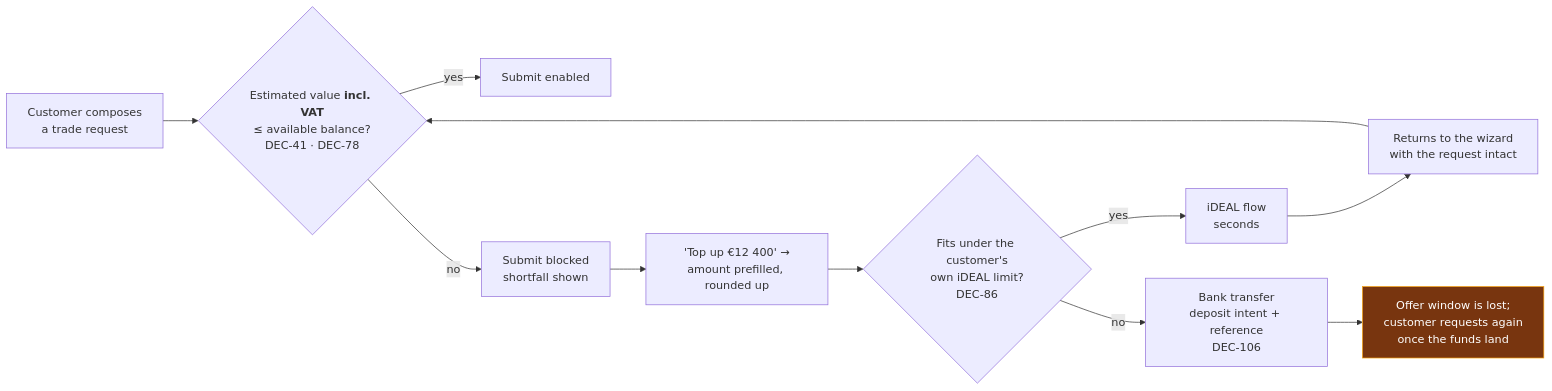
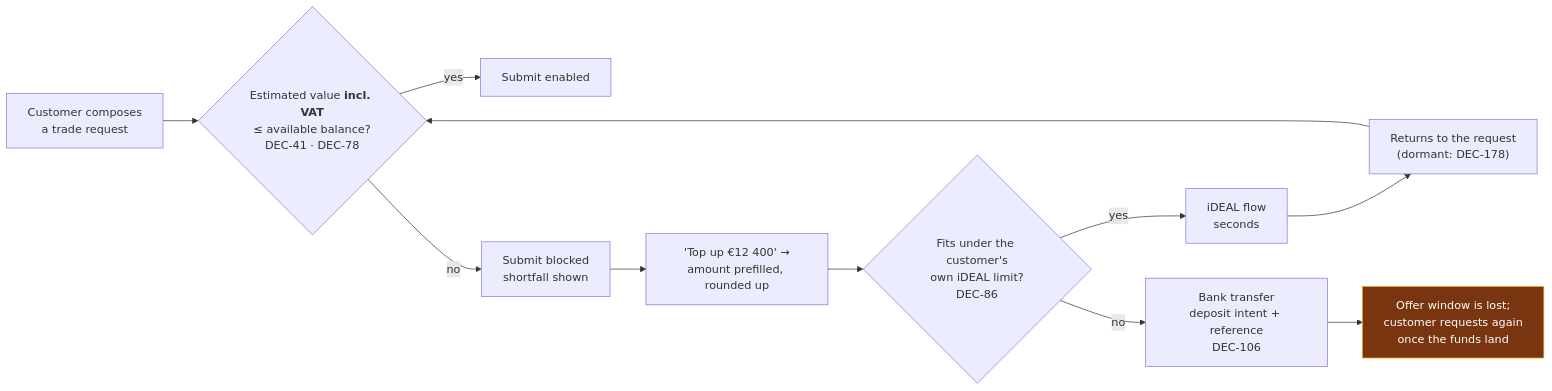
The fourth of 5 diagrams in specs/40-processes/03-wallet-topup-flow.md (lukastosic-ifd/peakpowerspecs), drawn with Mermaid before and after one commit. The commit also changed other lines of this file and 20 other files, not shown here.

First line of the commit message:
Record DEC-178: the trade wizard is removed; customers request only from the Prices panel

````diff
--- a/specs/40-processes/03-wallet-topup-flow.md
+++ b/specs/40-processes/03-wallet-topup-flow.md
@@ -302,16 +302,16 @@
 ```mermaid
 flowchart LR
     A["Customer composes<br/>a trade request"] --> B{"Estimated value <b>incl. VAT</b><br/>≤ available balance?<br/>DEC-41 · DEC-78"}
     B -->|yes| C["Submit enabled"]
     B -->|no| D["Submit blocked<br/>shortfall shown"]
     D --> E["'Top up €12 400' →<br/>amount prefilled, rounded up"]
     E --> F{"Fits under the customer's<br/>own iDEAL limit?<br/>DEC-86"}
     F -->|yes| G["iDEAL flow<br/>seconds"]
     F -->|no| H["Bank transfer<br/>deposit intent + reference<br/>DEC-106"]
-    G --> I["Returns to the wizard<br/>with the request intact"]
+    G --> I["Returns to the request<br/>(dormant: DEC-178)"]
     I --> B
     H --> J["Offer window is lost;<br/>customer requests again<br/>once the funds land"]
 
     classDef warn fill:#78350f,stroke:#f59e0b,color:#fff
     class J warn
 ```
````
